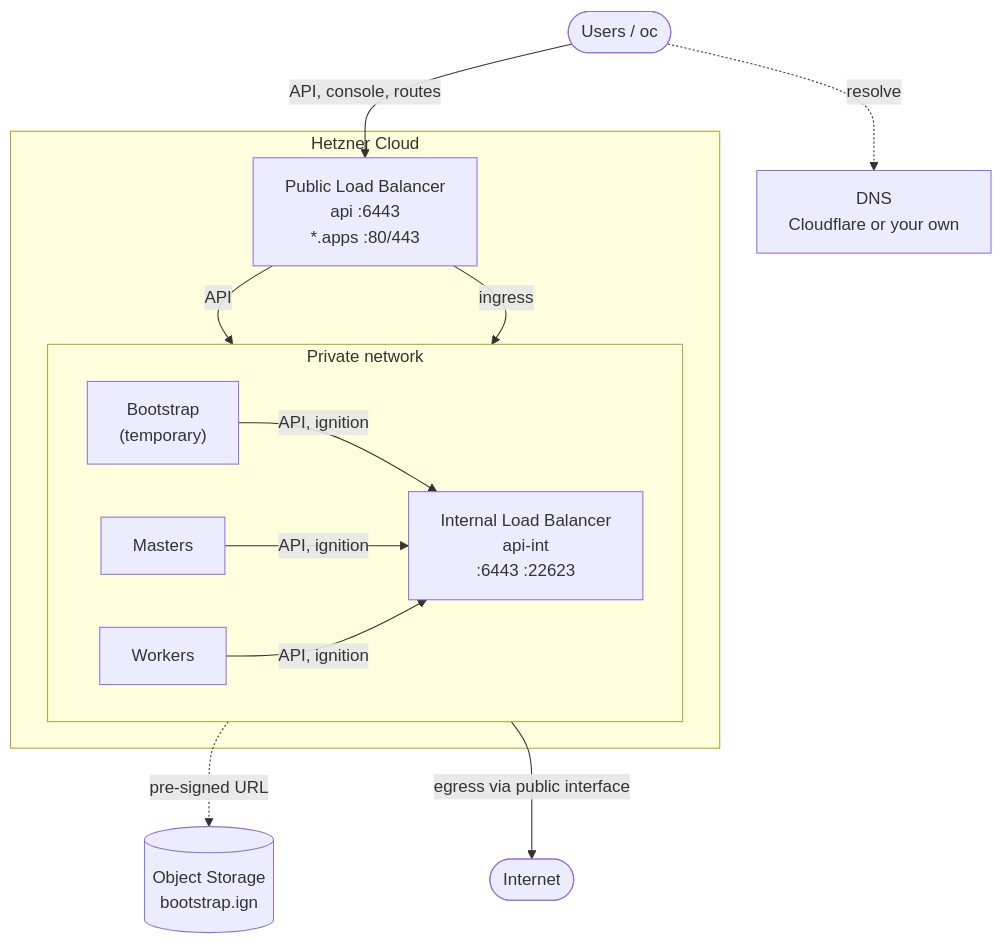
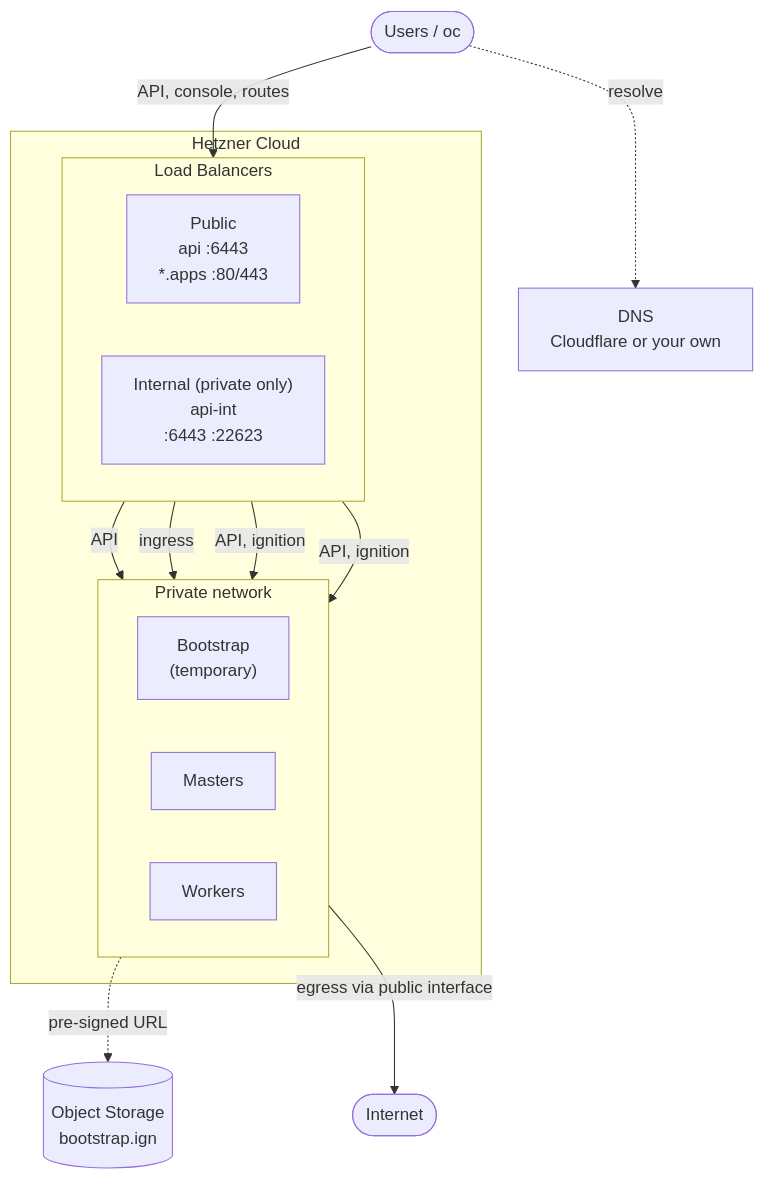
The diagram in README.md (slauger/hcloud-okd4), drawn with Mermaid before and after one commit.

Commit message:
docs: place both load balancers side by side in the diagram

````diff
--- a/README.md
+++ b/README.md
@@ -25,26 +25,30 @@
 ```mermaid
 flowchart TB
   user(["Users / oc"])
   dns["DNS<br/>Cloudflare or your own"]
-  internet(["Internet"])
-  s3[("Object Storage<br/>bootstrap.ign")]
 
   subgraph hcloud["Hetzner Cloud"]
-    lb["Public Load Balancer<br/>api :6443<br/>*.apps :80/443"]
+    subgraph lbs["Load Balancers"]
+      direction LR
+      lb["Public<br/>api :6443<br/>*.apps :80/443"]
+      lbint["Internal (private only)<br/>api-int<br/>:6443 :22623"]
+    end
     subgraph net["Private network"]
       direction LR
       bootstrap["Bootstrap<br/>(temporary)"]
       master["Masters"]
       workers["Workers"]
-      lbint["Internal Load Balancer<br/>api-int<br/>:6443 :22623"]
     end
   end
+
+  internet(["Internet"])
+  s3[("Object Storage<br/>bootstrap.ign")]
 
   user -.->|"resolve"| dns
   user -->|"API, console, routes"| lb
   lb -->|"API"| master
   lb -->|"ingress"| workers
-  bootstrap & master & workers -->|"API, ignition"| lbint
+  lbint -->|"API, ignition"| bootstrap & master
   net -->|"egress via public interface"| internet
   bootstrap -.->|"pre-signed URL"| s3
 ```
````
